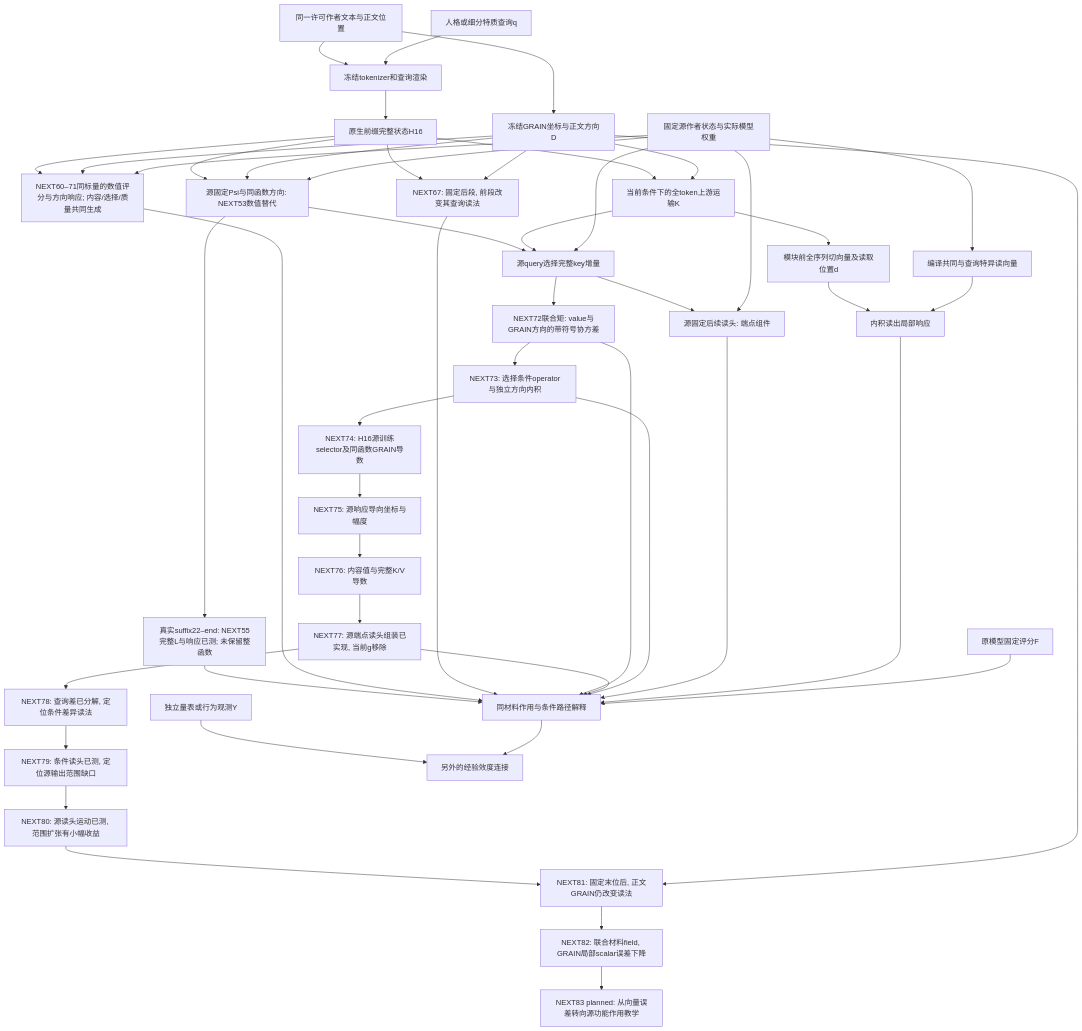
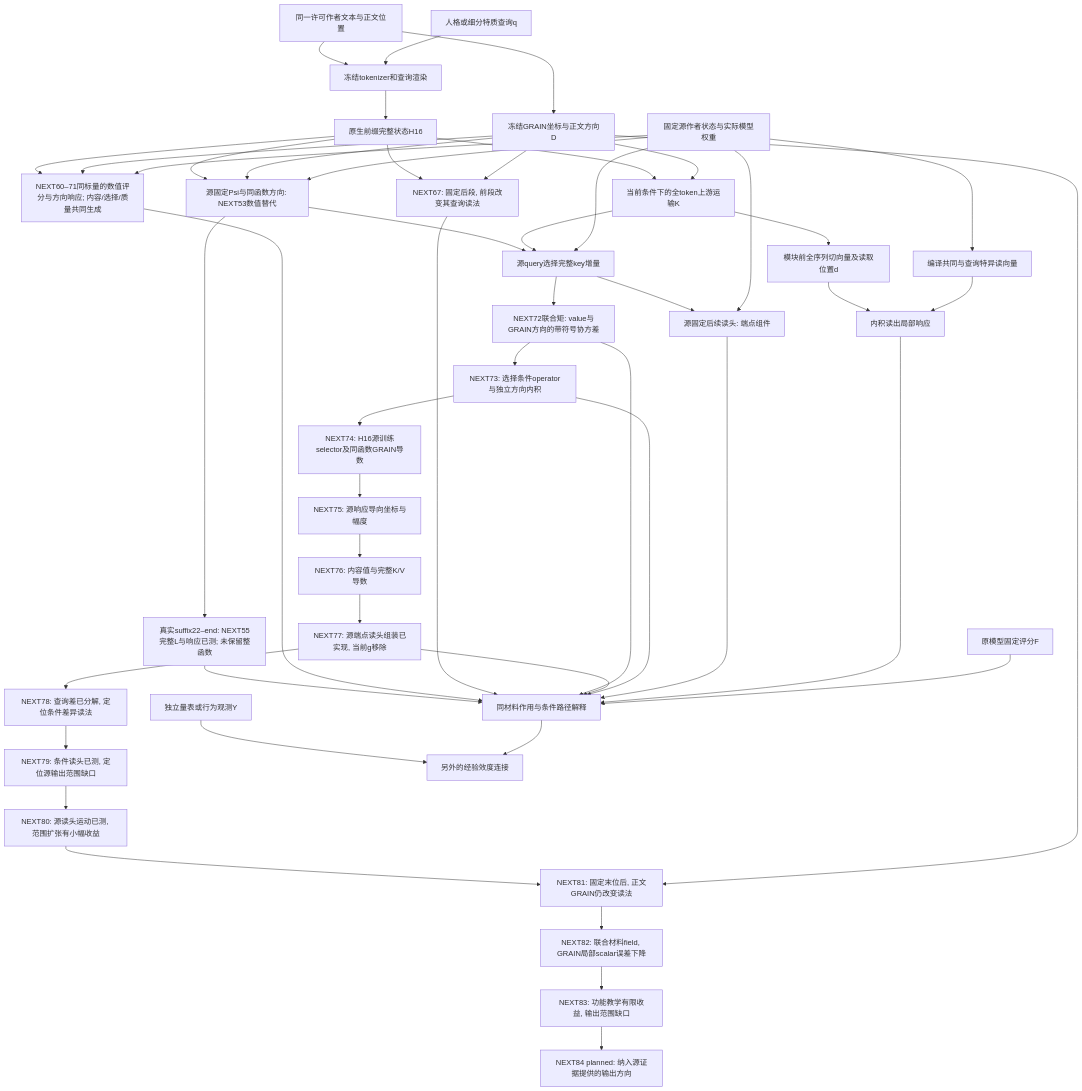
Before and after one commit to reiserhhh/GRAIN: the diagram in docs/GRAIN_UPSTREAM_MECHANISM_INTEGRATION_V1.md, drawn with Mermaid. The commit also changed other lines of this file and 8 other files, not shown here.

````diff
--- a/docs/GRAIN_UPSTREAM_MECHANISM_INTEGRATION_V1.md
+++ b/docs/GRAIN_UPSTREAM_MECHANISM_INTEGRATION_V1.md
@@ -8,51 +8,52 @@
 ```mermaid
 flowchart TD
   T[同一许可作者文本与正文位置] --> G[冻结GRAIN坐标与正文方向D]
   T --> R[冻结tokenizer和查询渲染]
   Q[人格或细分特质查询q] --> R
   R --> H[原生前缀完整状态H16]
   H --> K[当前条件下的全token上游运输K]
   H --> P[源固定Psi与同函数方向: NEXT53数值替代]
   G --> P
   S --> P
   P --> U
   P --> W[真实suffix22–end: NEXT55完整L与响应已测; 未保留整函数]
   W --> J
   H --> Z[NEXT60–71同标量的数值评分与方向响应; 内容/选择/质量共同生成]
   G --> Z
   S --> Z
   Z --> J
   H --> I[NEXT67: 固定后段, 前段改变其查询读法]
   G --> I
   I --> J
   G --> K
   K --> D[模块前全序列切向量及读取位置d]
   S[固定源作者状态与实际模型权重] --> V[编译共同与查询特异读向量]
   D --> A[内积读出局部响应]
   V --> A
   K --> U[源query选择完整key增量]
   S --> U
   U --> M[NEXT72联合矩: value与GRAIN方向的带符号协方差]
   M --> J
   M --> O[NEXT73: 选择条件operator与独立方向内积]
   O --> P74[NEXT74: H16源训练selector及同函数GRAIN导数]
   P74 --> P75[NEXT75: 源响应导向坐标与幅度]
   P75 --> P76[NEXT76: 内容值与完整K/V导数]
   P76 --> P77[NEXT77: 源端点读头组装已实现, 当前g移除]
   P77 --> J
   P77 --> P78[NEXT78: 查询差已分解, 定位条件差异读法]
   P78 --> P79[NEXT79: 条件读头已测, 定位源输出范围缺口]
   P79 --> P80[NEXT80: 源读头运动已测, 范围扩张有小幅收益]
   P80 --> P81[NEXT81: 固定末位后, 正文GRAIN仍改变读法]
   G --> P81
   P81 --> P82[NEXT82: 联合材料field, GRAIN局部scalar误差下降]
-  P82 --> P83[NEXT83 planned: 从向量误差转向源功能作用教学]
+  P82 --> P83[NEXT83: 功能教学有限收益, 输出范围缺口]
+  P83 --> P84[NEXT84 planned: 纳入源证据提供的输出方向]
   O --> J
   U --> C[源固定后续读头: 端点组件]
   S --> C
   C --> J
   A --> J[同材料作用与条件路径解释]
   F[原模型固定评分F] --> J
   Y[独立量表或行为观测Y] --> E[另外的经验效度连接]
   J --> E
 ```
````
